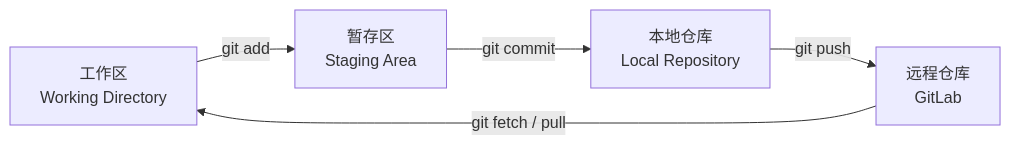
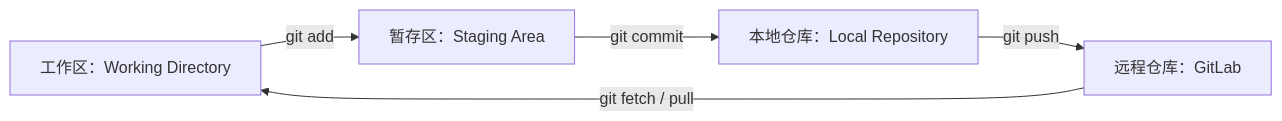
One commit to zerioo1970/summary changed the second of 22 diagrams in GitLab-完整使用指南.md. Above: the diagram before and after it, drawn with Mermaid. The commit also changed other lines of this file, not shown here.

Commit message:
docs: 提升 Mermaid 兼容性（flowchart→graph, <br/>→单行），适配旧版渲染器

````diff
--- a/GitLab-完整使用指南.md
+++ b/GitLab-完整使用指南.md
@@ -355,7 +355,7 @@
 ```mermaid
-flowchart LR
-    A["工作区<br/>Working Directory"] -->|git add| B["暂存区<br/>Staging Area"]
-    B -->|git commit| C["本地仓库<br/>Local Repository"]
-    C -->|git push| D["远程仓库<br/>GitLab"]
+graph LR
+    A["工作区：Working Directory"] -->|git add| B["暂存区：Staging Area"]
+    B -->|git commit| C["本地仓库：Local Repository"]
+    C -->|git push| D["远程仓库：GitLab"]
     D -->|git fetch / pull| A
 ```
````
